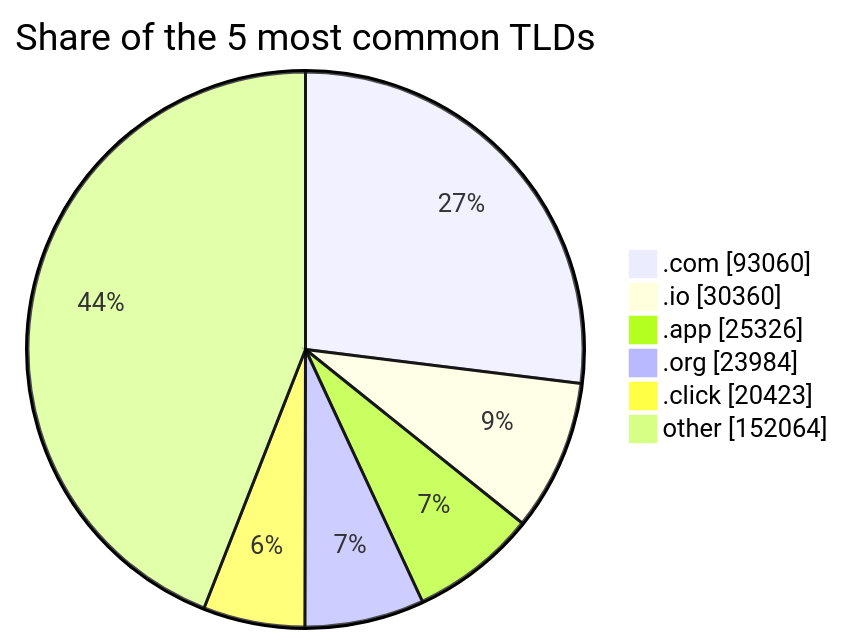
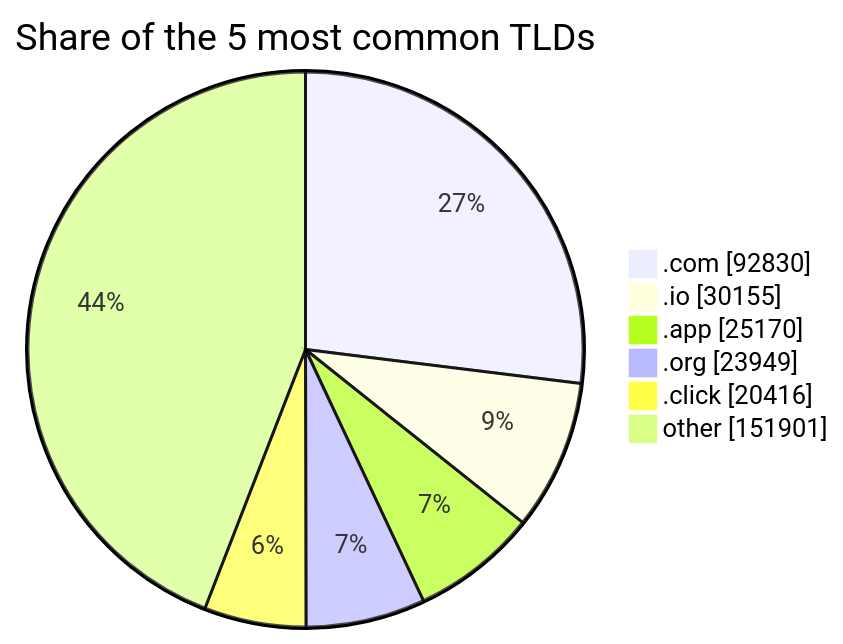
One commit to DNSBunker/CTI changed the third of 3 diagrams in README.md. Above: the diagram before and after it, drawn with Mermaid. The commit also changed other lines of this file and 4 other files, not shown here.

````diff
--- a/README.md
+++ b/README.md
@@ -81,9 +81,9 @@
 ```mermaid
 pie showData title Share of the 5 most common TLDs
-    ".com" : 93060
-    ".io" : 30360
-    ".app" : 25326
-    ".org" : 23984
-    ".click" : 20423
-    "other" : 152064
+    ".com" : 92830
+    ".io" : 30155
+    ".app" : 25170
+    ".org" : 23949
+    ".click" : 20416
+    "other" : 151901
 ```
````
